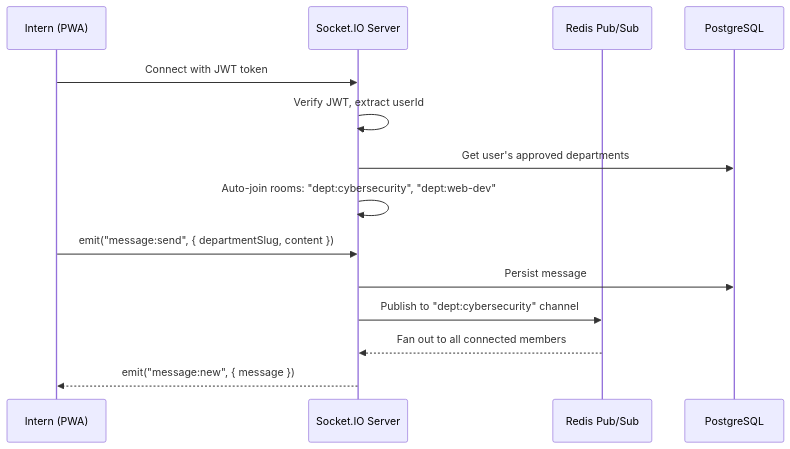
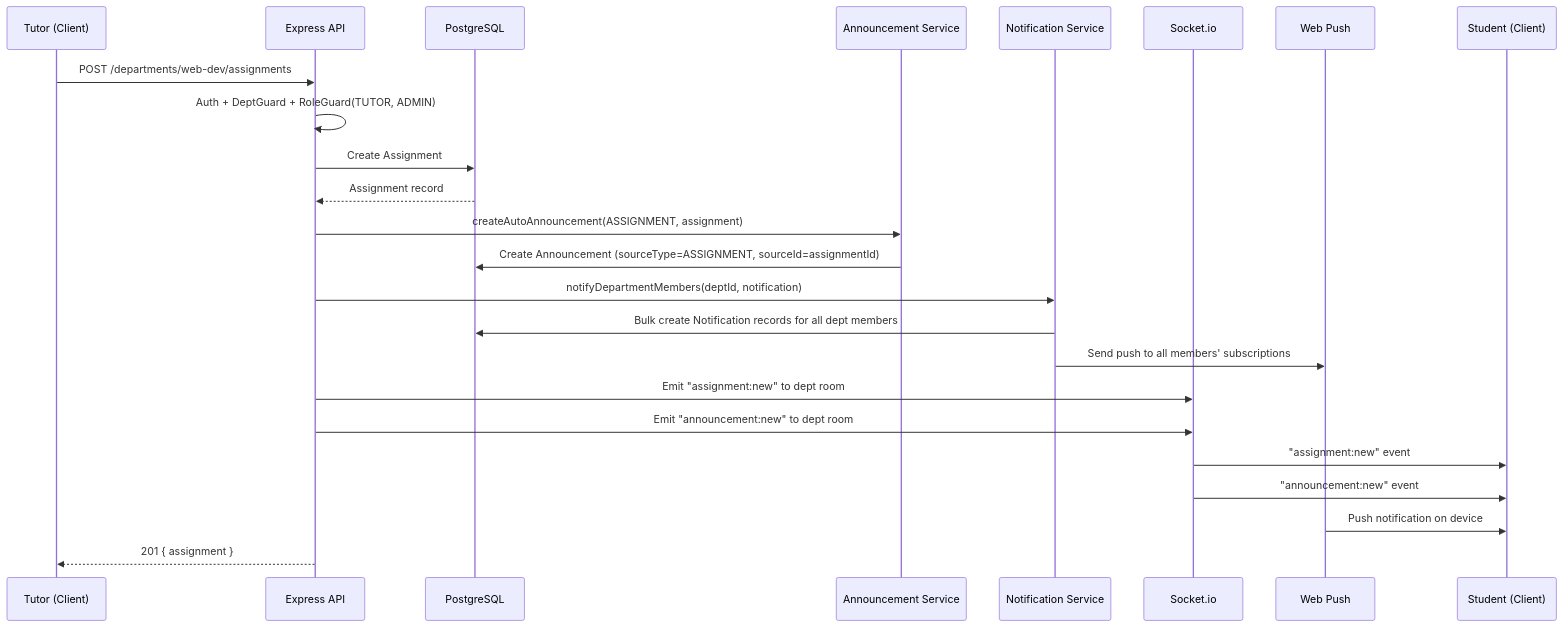
Before and after one commit to Sydonverse/Nexus: the seventh of 8 diagrams in implementation_plan.md, drawn with Mermaid. The commit also changed other lines of this file and 1 other file, not shown here.

````diff
--- a/implementation_plan.md
+++ b/implementation_plan.md
@@ -509,18 +1107,31 @@
 ```mermaid
 sequenceDiagram
-    participant Intern as Intern (PWA)
-    participant WS as Socket.IO Server
-    participant Redis as Redis Pub/Sub
+    participant Tutor as Tutor (Client)
+    participant API as Express API
     participant DB as PostgreSQL
+    participant AnnounceSvc as Announcement Service
+    participant NotifSvc as Notification Service
+    participant Socket as Socket.io
+    participant Push as Web Push
+    participant Student as Student (Client)
 
-    Intern->>WS: Connect with JWT token
-    WS->>WS: Verify JWT, extract userId
-    WS->>DB: Get user's approved departments
-    WS->>WS: Auto-join rooms: "dept:cybersecurity", "dept:web-dev"
+    Tutor->>API: POST /departments/web-dev/assignments
+    API->>API: Auth + DeptGuard + RoleGuard(TUTOR, ADMIN)
+    API->>DB: Create Assignment
+    DB-->>API: Assignment record
 
-    Intern->>WS: emit("message:send", { departmentSlug, content })
-    WS->>DB: Persist message
-    WS->>Redis: Publish to "dept:cybersecurity" channel
-    Redis-->>WS: Fan out to all connected members
-    WS-->>Intern: emit("message:new", { message })
+    API->>AnnounceSvc: createAutoAnnouncement(ASSIGNMENT, assignment)
+    AnnounceSvc->>DB: Create Announcement (sourceType=ASSIGNMENT, sourceId=assignmentId)
+    
+    API->>NotifSvc: notifyDepartmentMembers(deptId, notification)
+    NotifSvc->>DB: Bulk create Notification records for all dept members
+    NotifSvc->>Push: Send push to all members' subscriptions
+    
+    API->>Socket: Emit "assignment:new" to dept room
+    API->>Socket: Emit "announcement:new" to dept room
+    Socket->>Student: "assignment:new" event
+    Socket->>Student: "announcement:new" event
+    Push->>Student: Push notification on device
+
+    API-->>Tutor: 201 { assignment }
 ```
````
